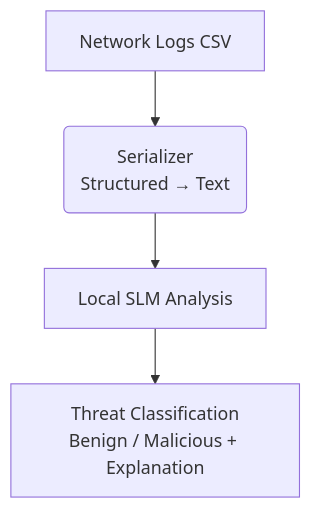
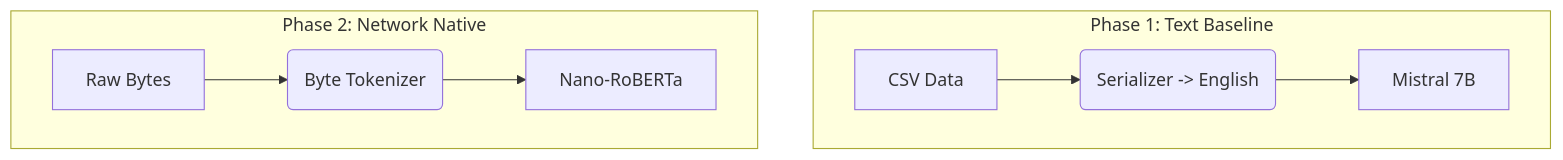
The diagram in README.md (RajuGuguloth/Network-Intrusion-Detection-using-Small-Language-Models-SLM-), drawn with Mermaid before and after one commit. The commit also changed other lines of this file and 18 other files, not shown here.

Commit message:
Refactor: Implement Dual-Stack Architecture (Baseline vs Network-Native)

````diff
--- a/README.md
+++ b/README.md
@@ -31,6 +64,12 @@
 ```mermaid
 graph TD
-    A[Network Logs CSV] --> B(Serializer<br>Structured → Text)
-    B --> C[Local SLM Analysis]
-    C --> D[Threat Classification<br>Benign / Malicious + Explanation]
+    subgraph Baseline [Phase 1: Text Baseline]
+    A1[CSV Data] --> B1(Serializer -> English)
+    B1 --> C1[Mistral 7B]
+    end
+    
+    subgraph Native [Phase 2: Network Native]
+    A2[Raw Bytes] --> B2(Byte Tokenizer)
+    B2 --> C2[Nano-RoBERTa]
+    end
 ```
````
